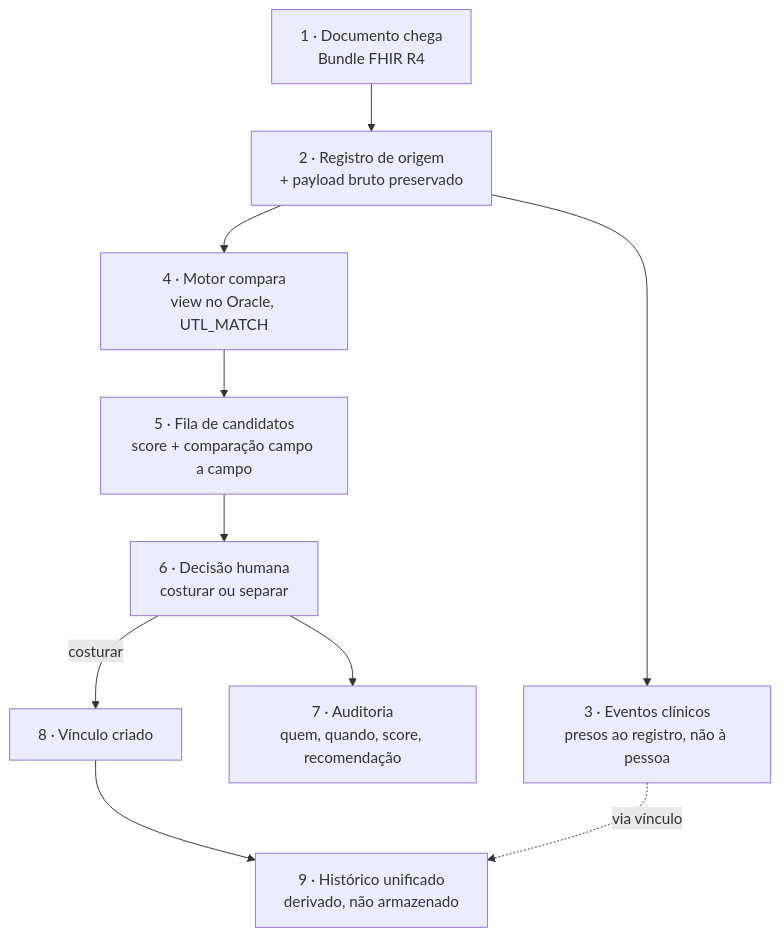
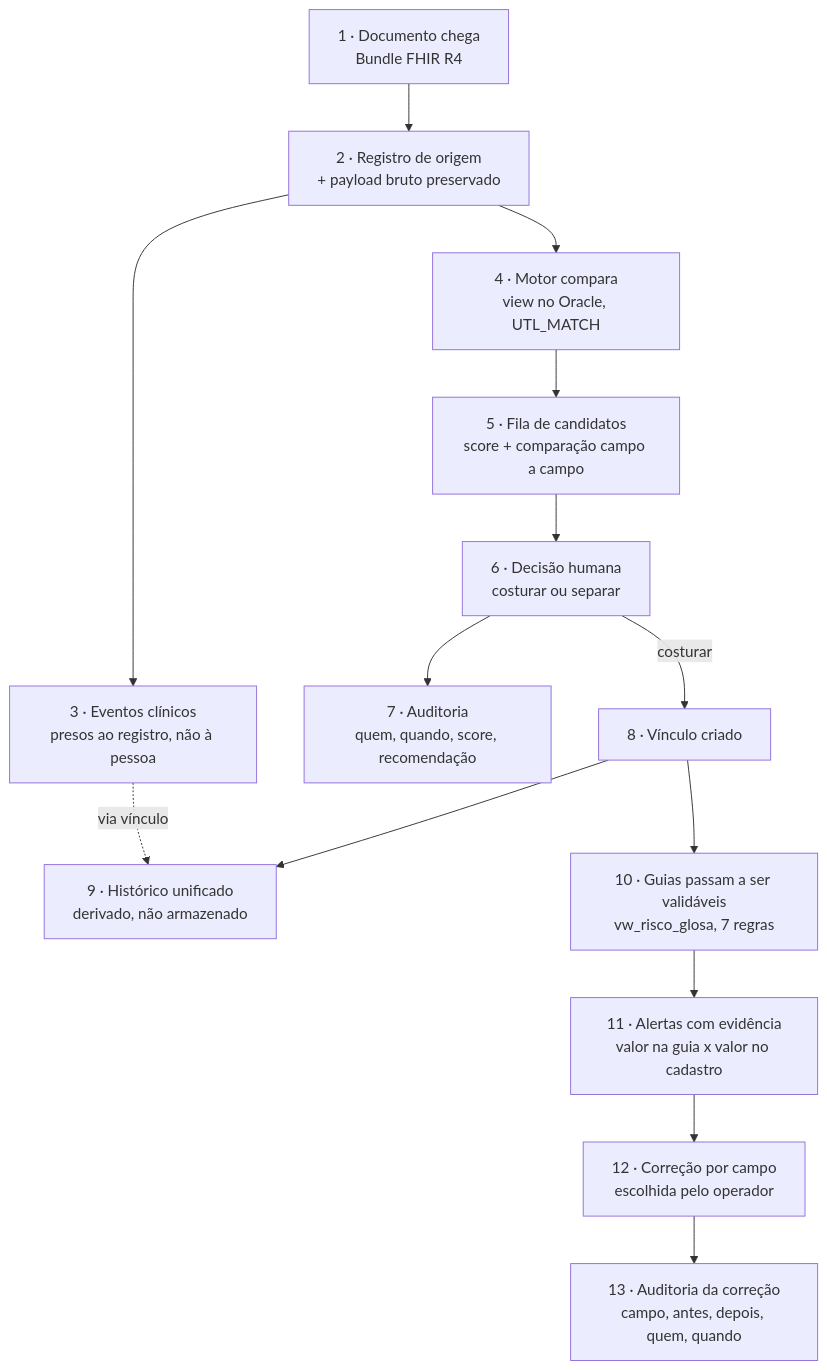
The second of 4 diagrams in docs/arquitetura.md (israelanacleto/sutura), drawn with Mermaid before and after one commit. The commit also changed other lines of this file and 5 other files, not shown here.

First line of the commit message:
Documenta validação técnica, roadmap e teste de usabilidade

````diff
--- a/docs/arquitetura.md
+++ b/docs/arquitetura.md
@@ -46,12 +57,17 @@
 ```mermaid
 flowchart TD
     A["1 · Documento chega<br/>Bundle FHIR R4"] --> B["2 · Registro de origem<br/>+ payload bruto preservado"]
     B --> C["3 · Eventos clínicos<br/>presos ao registro, não à pessoa"]
     B --> D["4 · Motor compara<br/>view no Oracle, UTL_MATCH"]
     D --> E["5 · Fila de candidatos<br/>score + comparação campo a campo"]
     E --> F["6 · Decisão humana<br/>costurar ou separar"]
     F --> G["7 · Auditoria<br/>quem, quando, score, recomendação"]
     F -->|costurar| H["8 · Vínculo criado"]
     H --> I["9 · Histórico unificado<br/>derivado, não armazenado"]
     C -.->|via vínculo| I
+
+    H --> J["10 · Guias passam a ser validáveis<br/>vw_risco_glosa, 7 regras"]
+    J --> K["11 · Alertas com evidência<br/>valor na guia x valor no cadastro"]
+    K --> L["12 · Correção por campo<br/>escolhida pelo operador"]
+    L --> M["13 · Auditoria da correção<br/>campo, antes, depois, quem, quando"]
 ```
````
